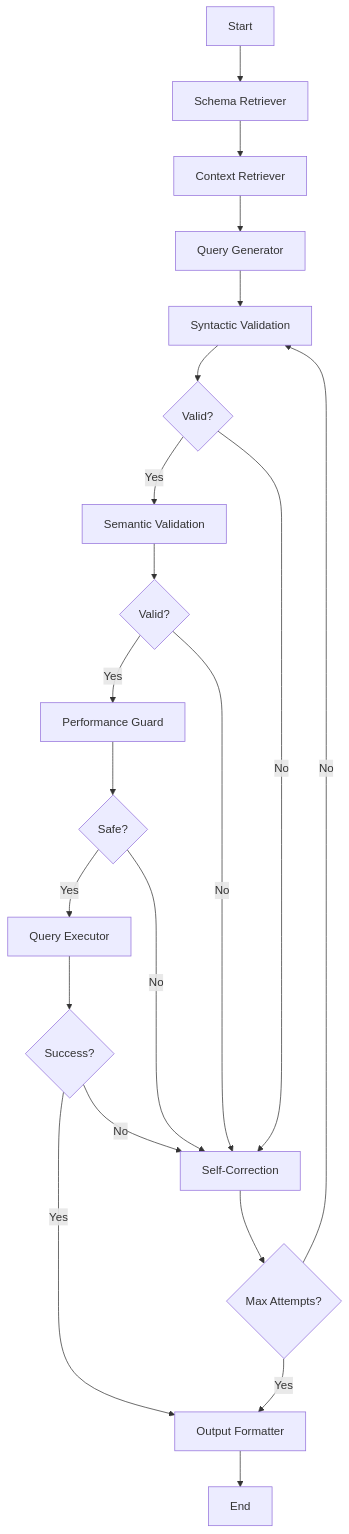
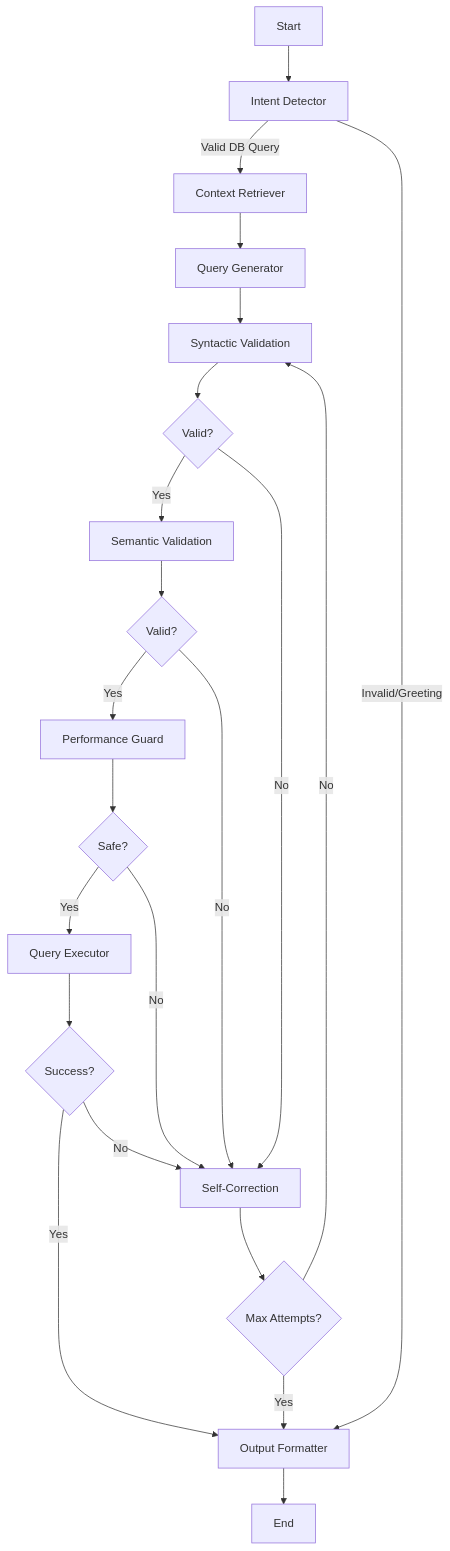
Before and after one commit to arjun-keyvalue/db-agent-app: the diagram in agents/README.md, drawn with Mermaid. The commit also changed other lines of this file and 6 other files, not shown here.

Commit message:
Optimize RAG workflow by removing SchemaRetrieverNode and streamlining context retrieval. Updated README to reflect changes and enhance clarity on workflow nodes. Improved ContextRetrieverNode to provide structured schema context for backward compatibility.

````diff
--- a/agents/README.md
+++ b/agents/README.md
@@ -99,23 +109,24 @@
 ```mermaid
 graph TD
-    A[Start] --> B[Schema Retriever]
-    B --> C[Context Retriever]
+    A[Start] --> B[Intent Detector]
+    B -->|Valid DB Query| C[Context Retriever]
+    B -->|Invalid/Greeting| N[Output Formatter]
     C --> D[Query Generator]
     D --> E[Syntactic Validation]
     E --> F{Valid?}
     F -->|Yes| G[Semantic Validation]
     F -->|No| H[Self-Correction]
     G --> I{Valid?}
     I -->|Yes| J[Performance Guard]
     I -->|No| H
     J --> K{Safe?}
     K -->|Yes| L[Query Executor]
     K -->|No| H
     L --> M{Success?}
     M -->|Yes| N[Output Formatter]
     M -->|No| H
     H --> O{Max Attempts?}
     O -->|No| E
     O -->|Yes| N
     N --> P[End]
 ```
````
